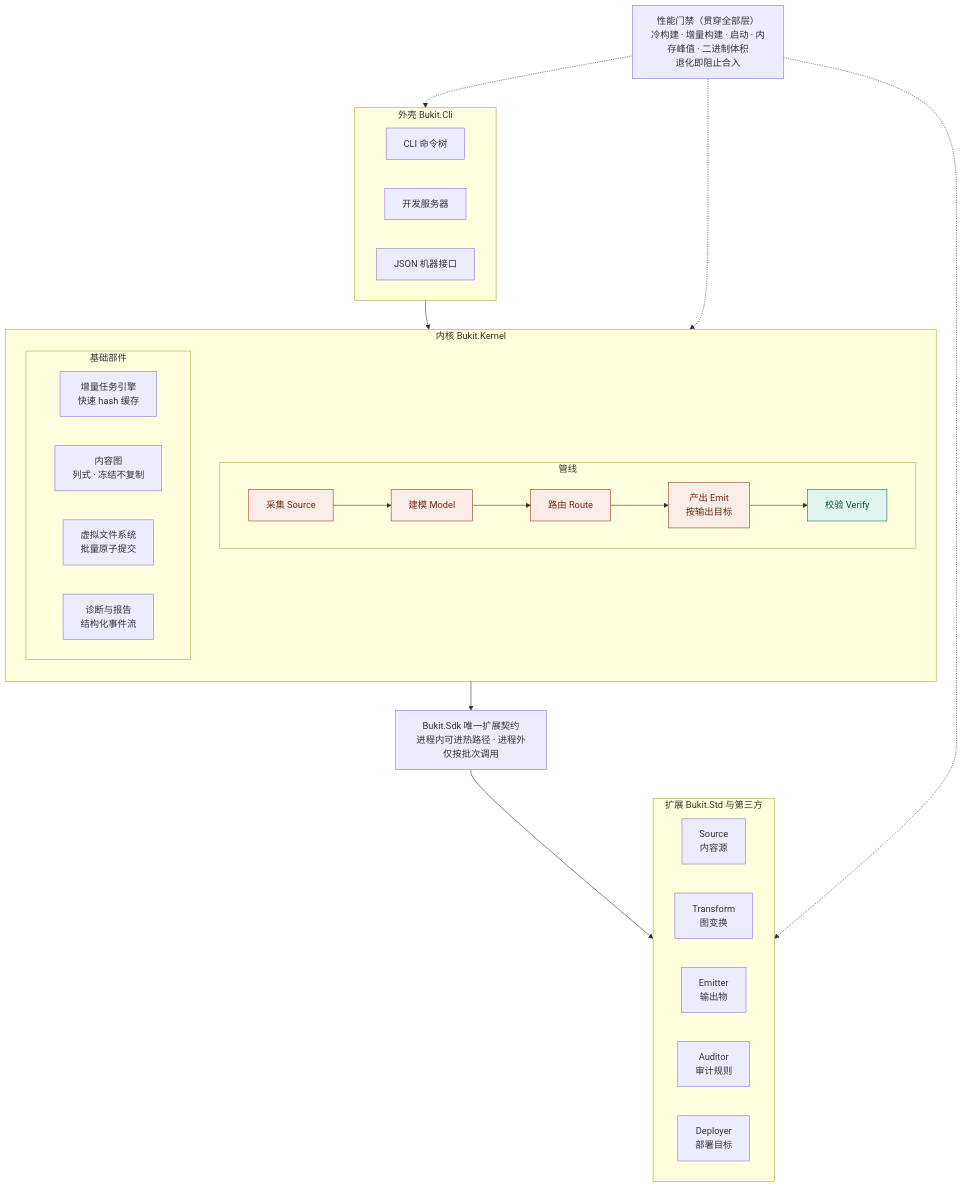
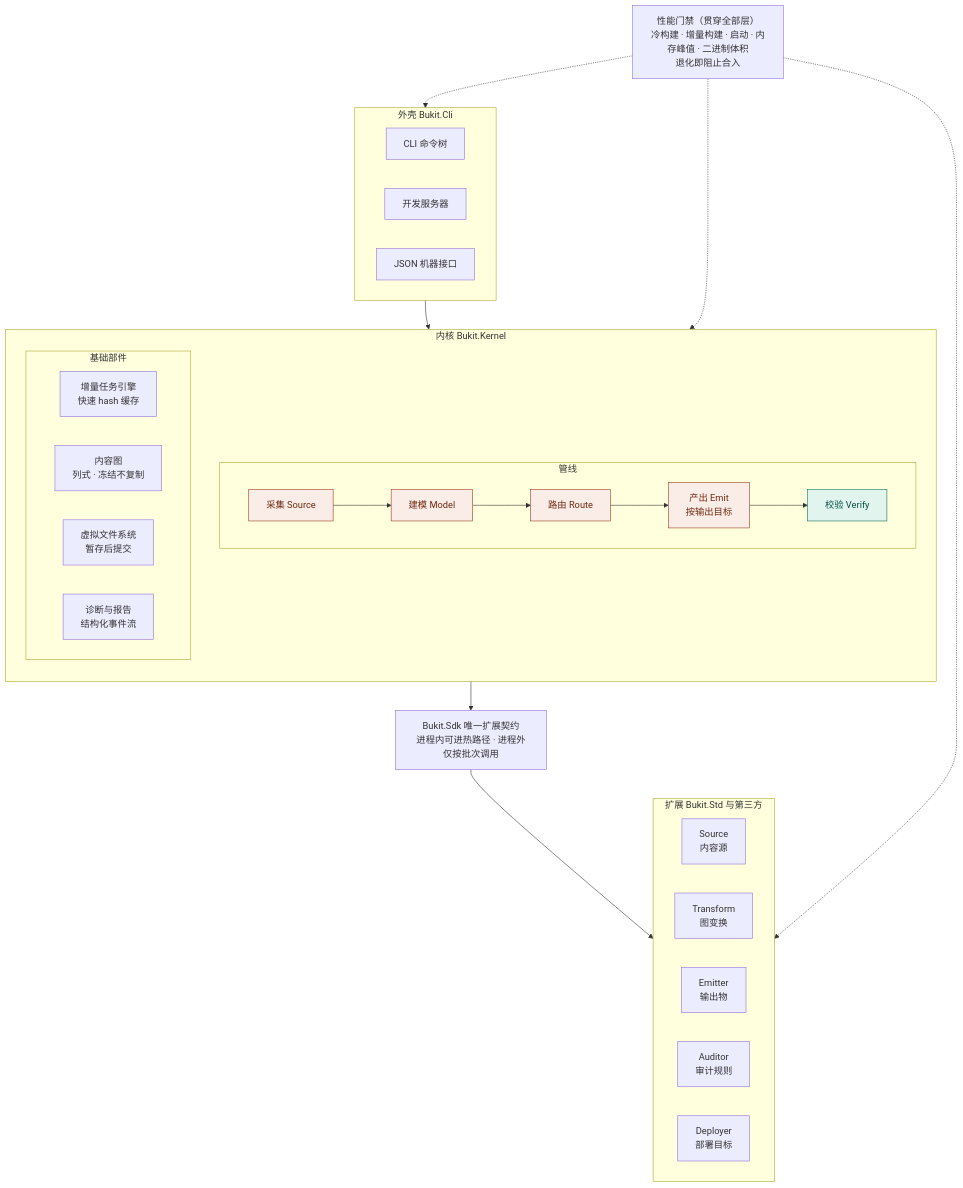
Before and after one commit to ALi365-SDN-BHD/Bukit: the first of 3 diagrams in docs/plans/2026-11-24-bukit-3.0-architecture-design.zh-CN.md, drawn with Mermaid. The commit also changed other lines of this file, not shown here.

````diff
--- a/docs/plans/2026-11-24-bukit-3.0-architecture-design.zh-CN.md
+++ b/docs/plans/2026-11-24-bukit-3.0-architecture-design.zh-CN.md
@@ -63,46 +63,46 @@
 ```mermaid
 flowchart TB
   subgraph Shell["外壳 Bukit.Cli"]
     CLI["CLI 命令树"]
     DEV["开发服务器"]
     API["JSON 机器接口"]
   end
 
   subgraph Kernel["内核 Bukit.Kernel"]
     direction TB
     subgraph Pipeline["管线"]
       direction LR
       S["采集 Source"] --> M["建模 Model"] --> R["路由 Route"] --> E["产出 Emit<br/>按输出目标"] --> V["校验 Verify"]
     end
     subgraph Base["基础部件"]
       direction LR
       ENG["增量任务引擎<br/>快速 hash 缓存"]
       GRAPH["内容图<br/>列式 · 冻结不复制"]
-      VFS["虚拟文件系统<br/>批量原子提交"]
+      VFS["虚拟文件系统<br/>暂存后提交"]
       DIAG["诊断与报告<br/>结构化事件流"]
     end
   end
 
   SDK["Bukit.Sdk 唯一扩展契约<br/>进程内可进热路径 · 进程外仅按批次调用"]
 
   subgraph Ext["扩展 Bukit.Std 与第三方"]
     direction LR
     X1["Source<br/>内容源"]
     X2["Transform<br/>图变换"]
     X3["Emitter<br/>输出物"]
     X4["Auditor<br/>审计规则"]
     X5["Deployer<br/>部署目标"]
   end
 
   GATE["性能门禁（贯穿全部层）<br/>冷构建 · 增量构建 · 启动 · 内存峰值 · 二进制体积<br/>退化即阻止合入"]
 
   Shell --> Kernel --> SDK --> Ext
   GATE -.-> Shell
   GATE -.-> Kernel
   GATE -.-> Ext
 
   classDef hot fill:#FAECE7,stroke:#993C1D,color:#712B13
   classDef batch fill:#E1F5EE,stroke:#0F6E56,color:#085041
   class S,M,R,E hot
   class V batch
 ```
````
